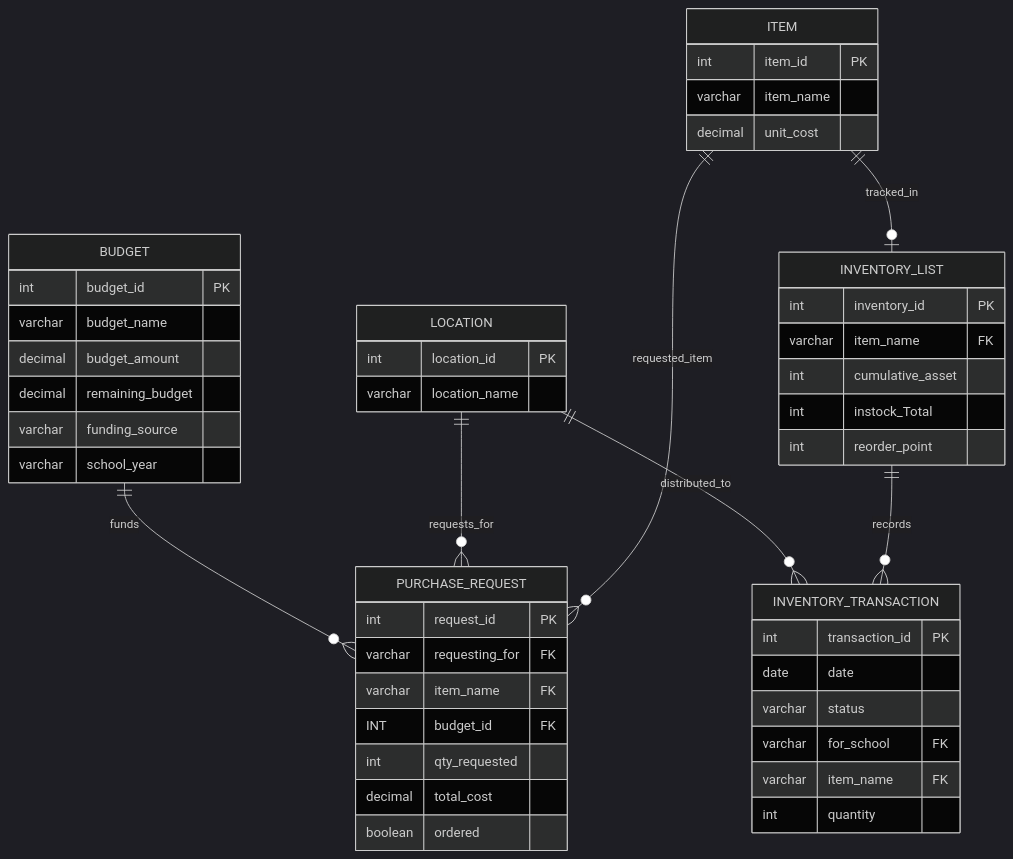
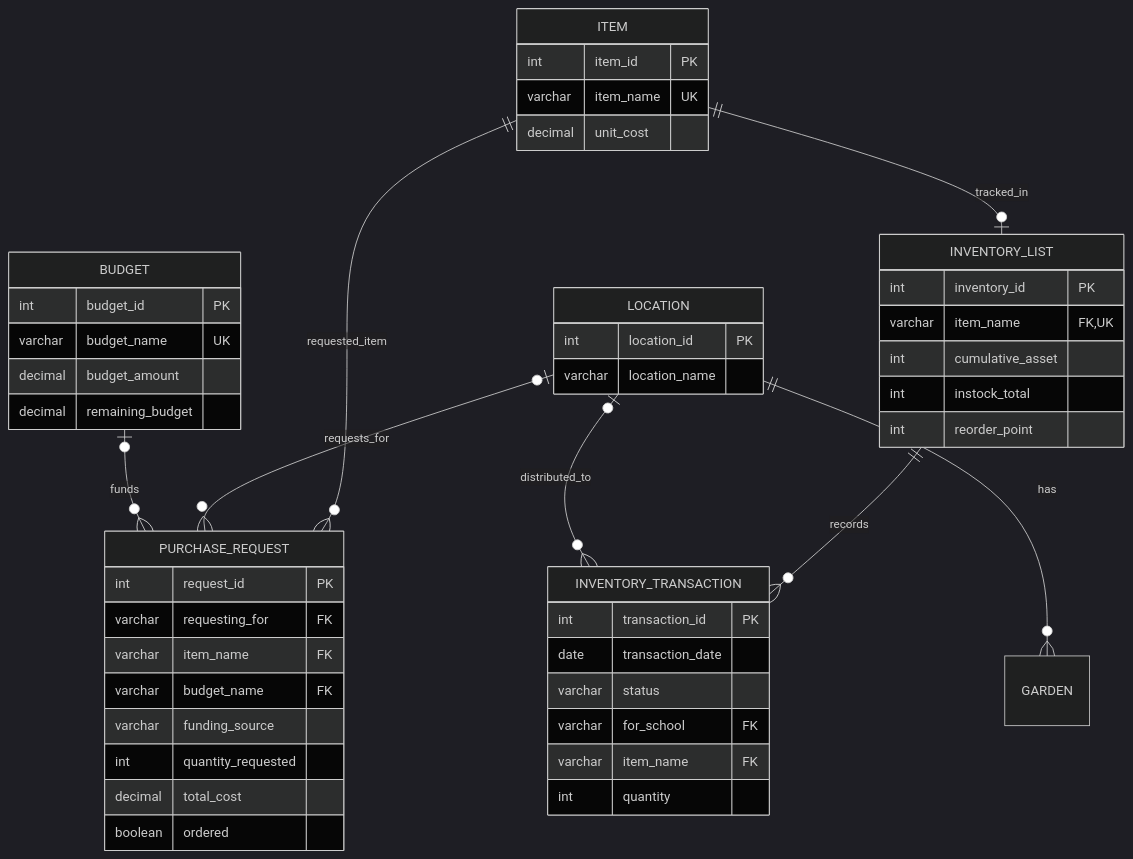
The first of 2 diagrams in README.md (CrisOrnelas99/Garden-Database), drawn with Mermaid (dark theme) before and after one commit. The commit also changed other lines of this file and 8 other files, not shown here.

````diff
--- a/README.md
+++ b/README.md
@@ -30,60 +30,60 @@
 ```mermaid
 erDiagram
 
-    BUDGET ||--o{ PURCHASE_REQUEST : funds
+    BUDGET o|--o{ PURCHASE_REQUEST : funds
 
-    LOCATION ||--o{ PURCHASE_REQUEST : requests_for
-    LOCATION ||--o{ INVENTORY_TRANSACTION : distributed_to
+    LOCATION o|--o{ PURCHASE_REQUEST : requests_for
+    LOCATION o|--o{ INVENTORY_TRANSACTION : distributed_to
+    LOCATION ||--o{ GARDEN : has
 
     ITEM ||--o{ PURCHASE_REQUEST : requested_item
     ITEM ||--o| INVENTORY_LIST : tracked_in
 
     INVENTORY_LIST ||--o{ INVENTORY_TRANSACTION : records
 
     BUDGET {
         int budget_id PK
-        varchar budget_name
+        varchar budget_name UK
         decimal budget_amount
         decimal remaining_budget
-        varchar funding_source
-        varchar school_year
     }
 
     LOCATION {
         int location_id PK
         varchar location_name
     }
 
     ITEM {
         int item_id PK
-        varchar item_name
+        varchar item_name UK
         decimal unit_cost
     }
 
     INVENTORY_LIST {
         int inventory_id PK
-        varchar item_name FK
+        varchar item_name FK, UK
         int cumulative_asset
-        int instock_Total
+        int instock_total
         int reorder_point
     }
 
     PURCHASE_REQUEST {
         int request_id PK
         varchar requesting_for FK
         varchar item_name FK
-        INT budget_id FK
-        int qty_requested
+        varchar budget_name FK
+        varchar funding_source
+        int quantity_requested
         decimal total_cost
         boolean ordered
     }
 
     INVENTORY_TRANSACTION {
         int transaction_id PK
-        date date
+        date transaction_date
         varchar status
         varchar for_school FK
         varchar item_name FK
         int quantity
     }
 ```
````
